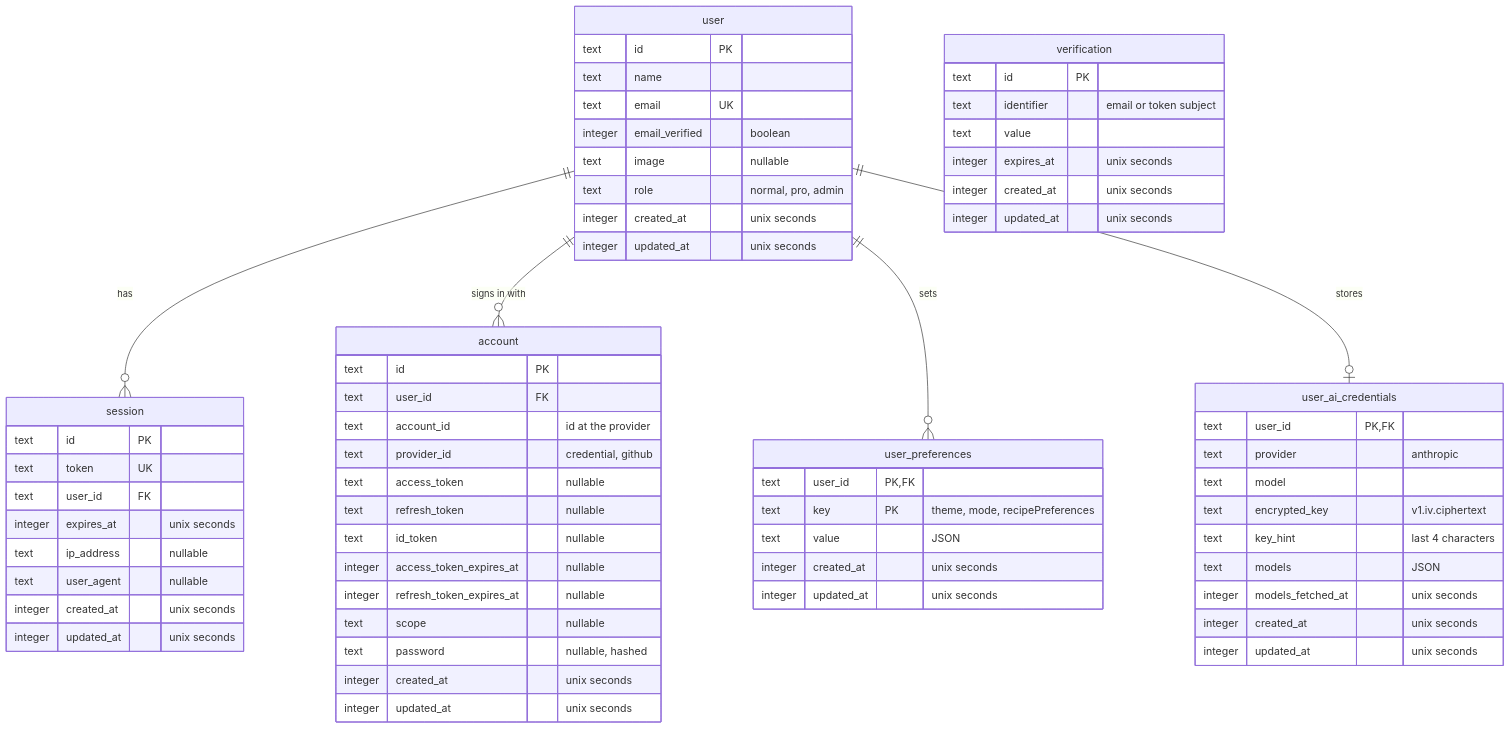
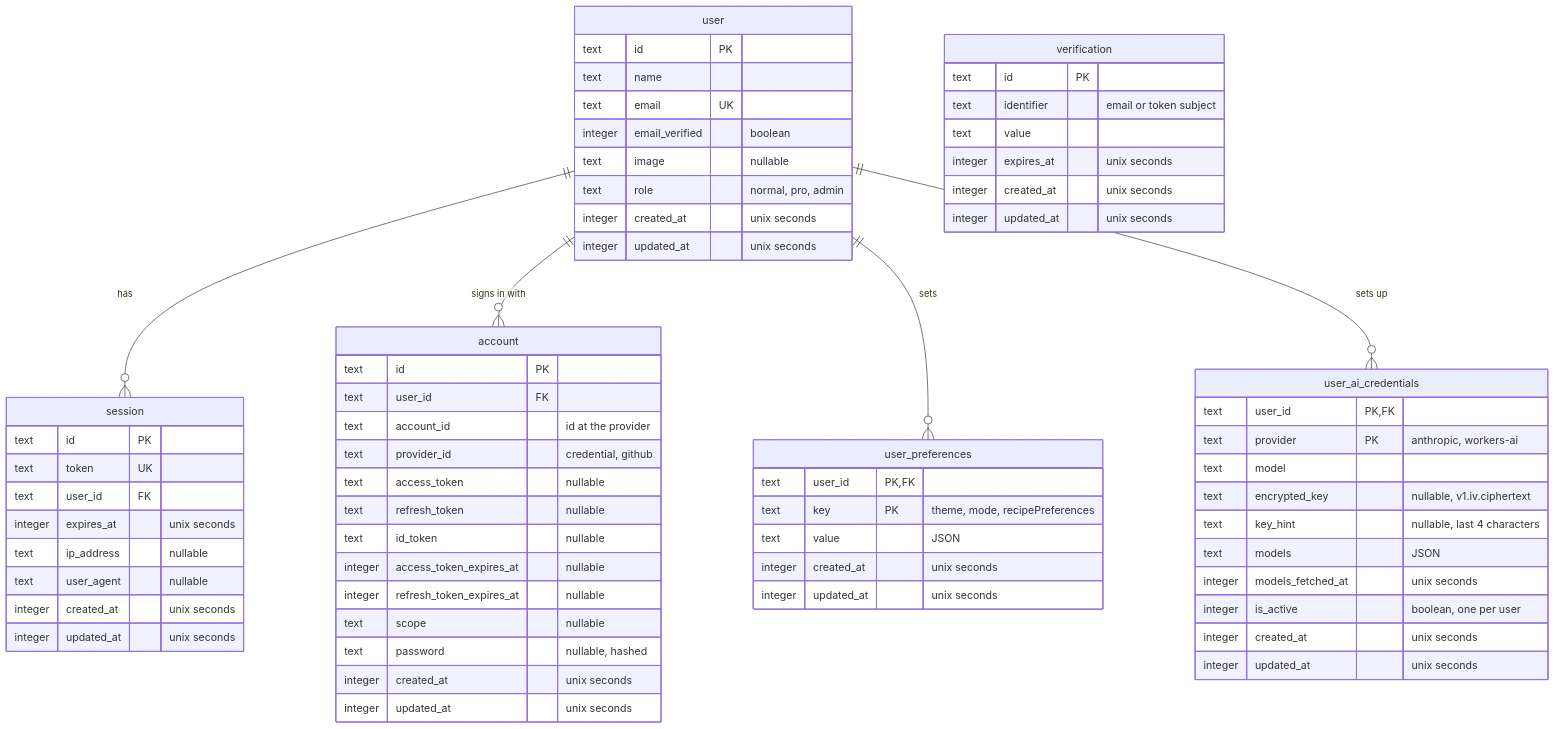
Before and after one commit to laczbali/autobourdain: the diagram in apps/api/src/db/schema.md, drawn with Mermaid. The commit also changed other lines of this file and 30 other files, not shown here.

````diff
--- a/apps/api/src/db/schema.md
+++ b/apps/api/src/db/schema.md
@@ -15,74 +15,75 @@
 ```mermaid
 erDiagram
     user ||--o{ session : "has"
     user ||--o{ account : "signs in with"
     user ||--o{ user_preferences : "sets"
-    user ||--o| user_ai_credentials : "stores"
+    user ||--o{ user_ai_credentials : "sets up"
 
     user {
         text id PK
         text name
         text email UK
         integer email_verified "boolean"
         text image "nullable"
         text role "normal, pro, admin"
         integer created_at "unix seconds"
         integer updated_at "unix seconds"
     }
 
     session {
         text id PK
         text token UK
         text user_id FK
         integer expires_at "unix seconds"
         text ip_address "nullable"
         text user_agent "nullable"
         integer created_at "unix seconds"
         integer updated_at "unix seconds"
     }
 
     account {
         text id PK
         text user_id FK
         text account_id "id at the provider"
         text provider_id "credential, github"
         text access_token "nullable"
         text refresh_token "nullable"
         text id_token "nullable"
         integer access_token_expires_at "nullable"
         integer refresh_token_expires_at "nullable"
         text scope "nullable"
         text password "nullable, hashed"
         integer created_at "unix seconds"
         integer updated_at "unix seconds"
     }
 
     verification {
         text id PK
         text identifier "email or token subject"
         text value
         integer expires_at "unix seconds"
         integer created_at "unix seconds"
         integer updated_at "unix seconds"
     }
 
     user_preferences {
         text user_id PK, FK
         text key PK "theme, mode, recipePreferences"
         text value "JSON"
         integer created_at "unix seconds"
         integer updated_at "unix seconds"
     }
 
     user_ai_credentials {
         text user_id PK, FK
-        text provider "anthropic"
+        text provider PK "anthropic, workers-ai"
         text model
-        text encrypted_key "v1.iv.ciphertext"
-        text key_hint "last 4 characters"
+        text encrypted_key "nullable, v1.iv.ciphertext"
+        text key_hint "nullable, last 4 characters"
         text models "JSON"
         integer models_fetched_at "unix seconds"
+        integer is_active "boolean, one per user"
         integer created_at "unix seconds"
         integer updated_at "unix seconds"
     }
 ```
````
